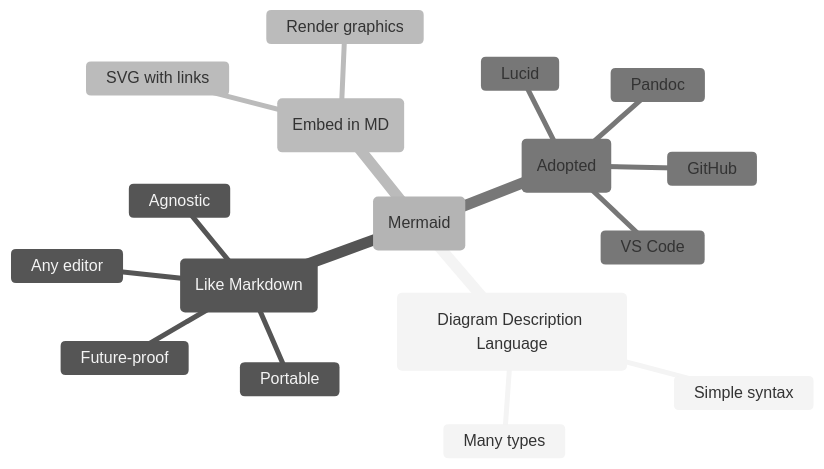
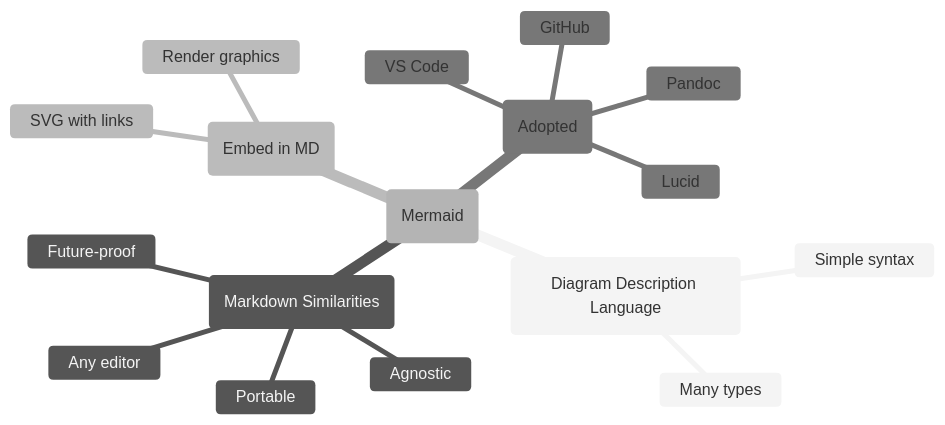
The seventh of 12 diagrams in README.md (buckeye43210/markdown-to-snowkb), drawn with Mermaid (neutral theme) before and after one commit.

````diff
--- a/README.md
+++ b/README.md
@@ -383,20 +383,20 @@
 ```mermaid
 mindmap
   root(Mermaid)
     (Diagram Description Language)
       Simple syntax
       Many types
-    (Like Markdown)
+    (Markdown Similarities)
       Portable
       Agnostic
       Any editor
       Future-proof
     (Embed in MD)
       Render graphics
       SVG with links
     (Adopted)
       Lucid
       GitHub
       Pandoc
       VS Code
 ```
````
